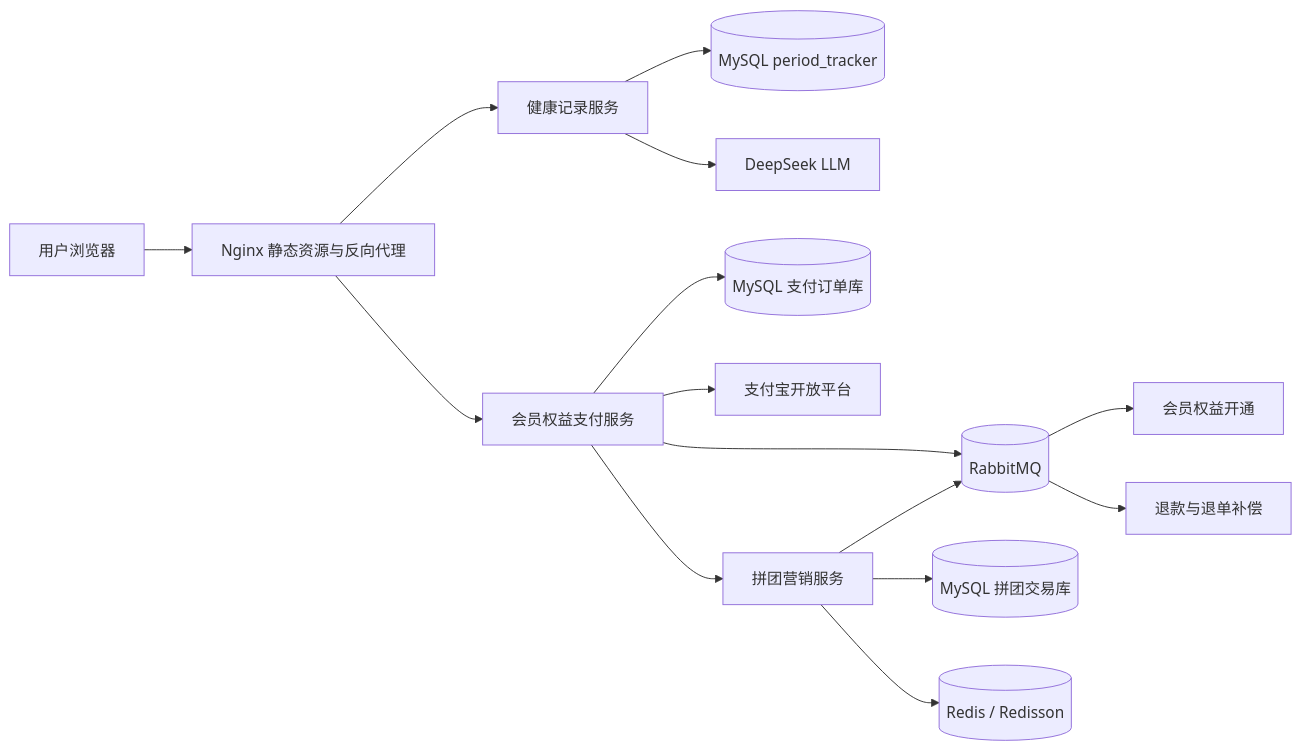
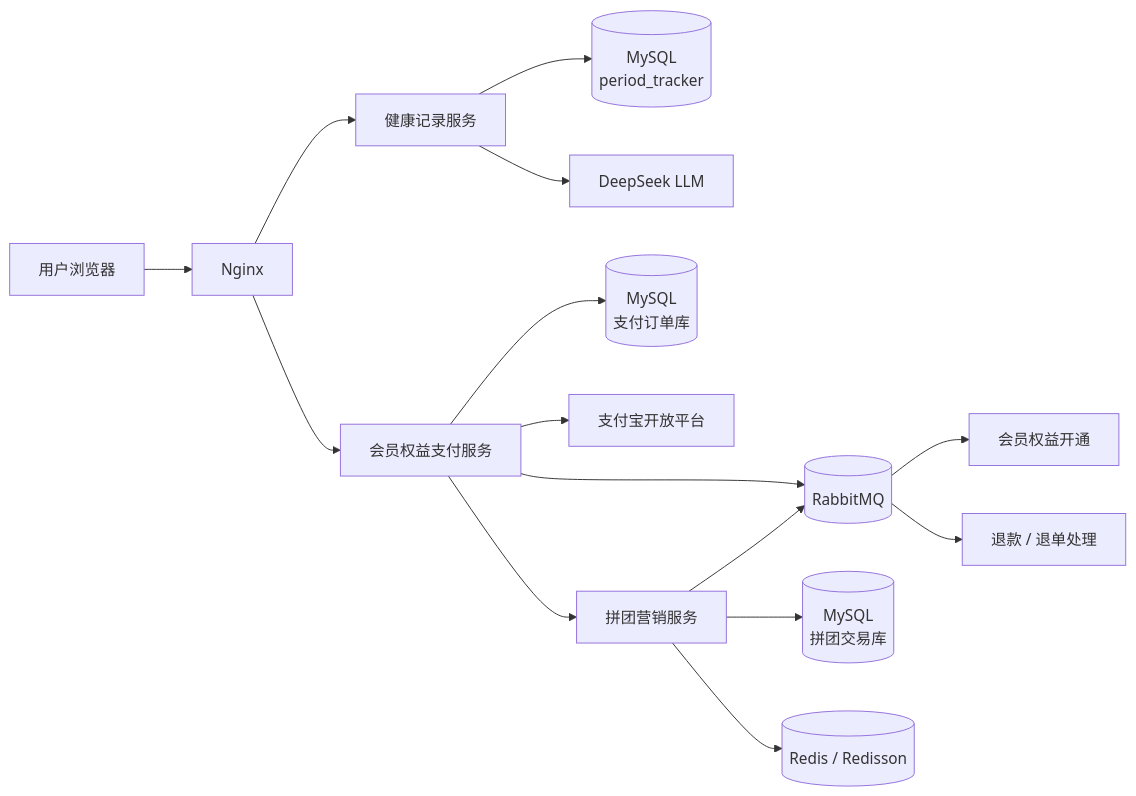
The diagram in README.md (returnjun/record-me), drawn with Mermaid before and after one commit. The commit also changed other lines of this file, not shown here.

````diff
--- a/README.md
+++ b/README.md
@@ -166,20 +196,25 @@
 ```mermaid
 flowchart LR
-    U[用户浏览器] --> N[Nginx 静态资源与反向代理]
+
+    U[用户浏览器]
+
+    U --> N[Nginx]
+
     N --> R[健康记录服务]
-    R --> DB1[(MySQL period_tracker)]
+    N --> P[会员权益支付服务]
+
+    R --> DB1[(MySQL<br/>period_tracker)]
     R --> AI[DeepSeek LLM]
 
-    N --> P[会员权益支付服务]
-    P --> DB2[(MySQL 支付订单库)]
+    P --> DB2[(MySQL<br/>支付订单库)]
     P --> ALI[支付宝开放平台]
     P --> MQ[(RabbitMQ)]
     P --> G[拼团营销服务]
 
-    G --> DB3[(MySQL 拼团交易库)]
+    G --> DB3[(MySQL<br/>拼团交易库)]
     G --> REDIS[(Redis / Redisson)]
     G --> MQ
 
     MQ --> RIGHT[会员权益开通]
-    MQ --> REFUND[退款与退单补偿]
+    MQ --> REFUND[退款 / 退单处理]
 ```
````
